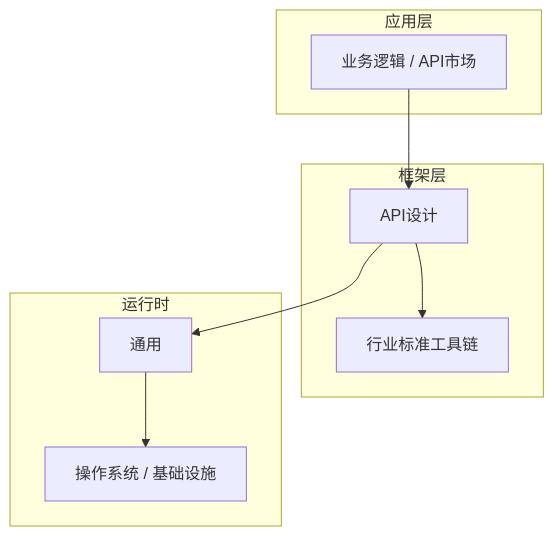
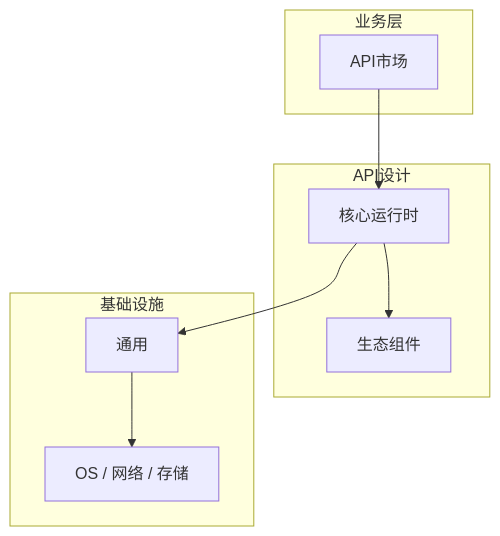
The diagram in articles/API设计/chapters/066-API市场核心概念与原理.md (yanggan2015/knowledge-json-v2), drawn with Mermaid before and after one commit. The commit also changed other lines of this file and 10127 other files, not shown here.

````diff
--- a/articles/API设计/chapters/066-API市场核心概念与原理.md
+++ b/articles/API设计/chapters/066-API市场核心概念与原理.md
@@ -45,18 +34,18 @@
 ```mermaid
 graph TB
-    subgraph 应用层
-        A[业务逻辑 / API市场]
+    subgraph 业务层
+        A[API市场]
     end
-    subgraph 框架层
-        B[API设计]
-        C[行业标准工具链]
+    subgraph API设计
+        B[核心运行时]
+        C[生态组件]
     end
-    subgraph 运行时
+    subgraph 基础设施
         D[通用]
-        E[操作系统 / 基础设施]
+        E[OS / 网络 / 存储]
     end
     A --> B
     B --> C
     B --> D
     D --> E
 ```
````
